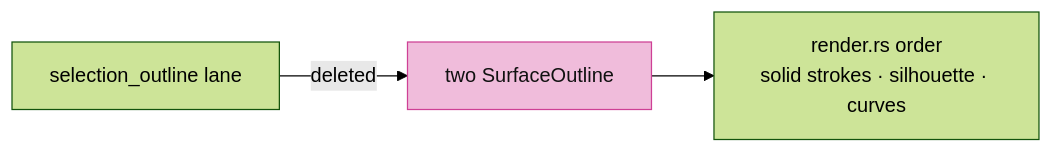
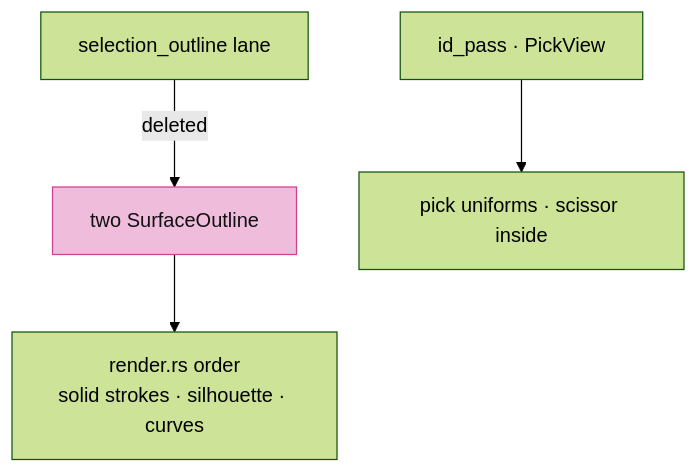
Diagram 26 of 26 in session_viewer/docs/17-source-presentation.md (petrasvestartas/session), drawn with Mermaid (forest theme) before and after one commit. The commit also changed other lines of this file and 34 other files, not shown here.

First line of the commit message:
Course: each lesson teaches its file's final form; diagrams fit the column

````diff
--- a/session_viewer/docs/17-source-presentation.md
+++ b/session_viewer/docs/17-source-presentation.md
@@ -415,6 +540,7 @@
 ```mermaid
-flowchart LR
+flowchart TB
     X["selection_outline lane"] -- "deleted" --> Y["two SurfaceOutline"]
     Y --> F["render.rs order<br/>solid strokes · silhouette · curves"]
+    W["id_pass · PickView"] --> G["pick uniforms · scissor inside"]
     style Y fill:#f0bcdb,stroke:#ce4095,color:#111
 ```
````
